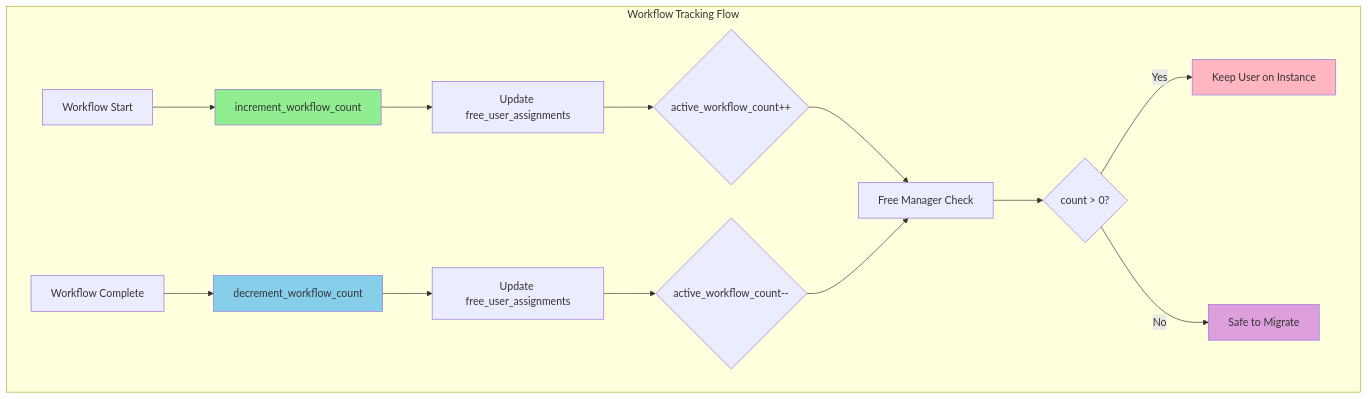
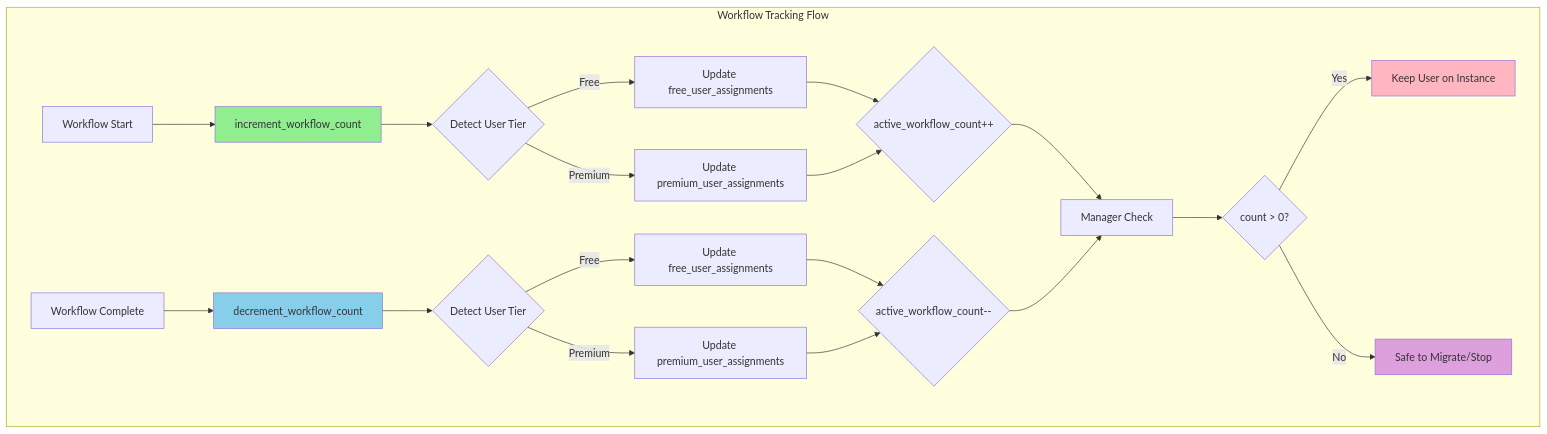
Before and after one commit to arayabrain/araya-optinist: the diagram in infrastructure/documentation/WORKFLOW_TRACKING_ARCHITECTURE.md, drawn with Mermaid. The commit also changed other lines of this file and 14 other files, not shown here.

````diff
--- a/infrastructure/documentation/WORKFLOW_TRACKING_ARCHITECTURE.md
+++ b/infrastructure/documentation/WORKFLOW_TRACKING_ARCHITECTURE.md
@@ -33,23 +39,29 @@
 ```mermaid
 graph TB
     subgraph "Workflow Tracking Flow"
         A[Workflow Start] --> B[increment_workflow_count]
-        B --> C[Update free_user_assignments]
+        B --> T{Detect User Tier}
+        T -->|Free| C[Update free_user_assignments]
+        T -->|Premium| C2[Update premium_user_assignments]
         C --> D{active_workflow_count++}
+        C2 --> D
 
         E[Workflow Complete] --> F[decrement_workflow_count]
-        F --> G[Update free_user_assignments]
+        F --> T2{Detect User Tier}
+        T2 -->|Free| G[Update free_user_assignments]
+        T2 -->|Premium| G2[Update premium_user_assignments]
         G --> H{active_workflow_count--}
+        G2 --> H
 
-        D --> I[Free Manager Check]
+        D --> I[Manager Check]
         H --> I
         I --> J{count > 0?}
         J -->|Yes| K[Keep User on Instance]
-        J -->|No| L[Safe to Migrate]
+        J -->|No| L[Safe to Migrate/Stop]
     end
 
     style B fill:#90EE90
     style F fill:#87CEEB
     style K fill:#FFB6C1
     style L fill:#DDA0DD
 ```
````
